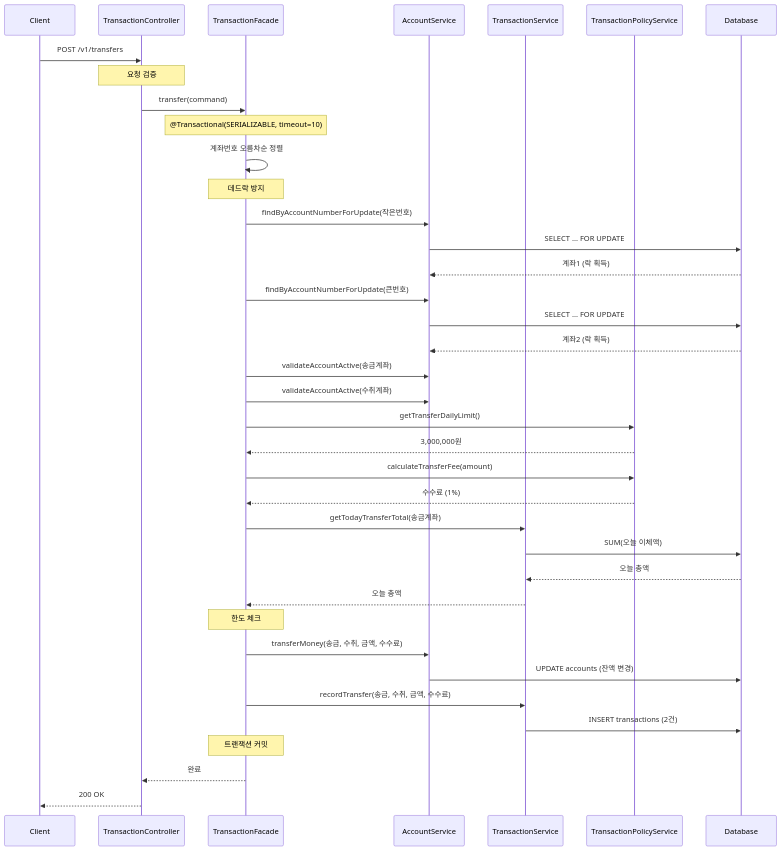
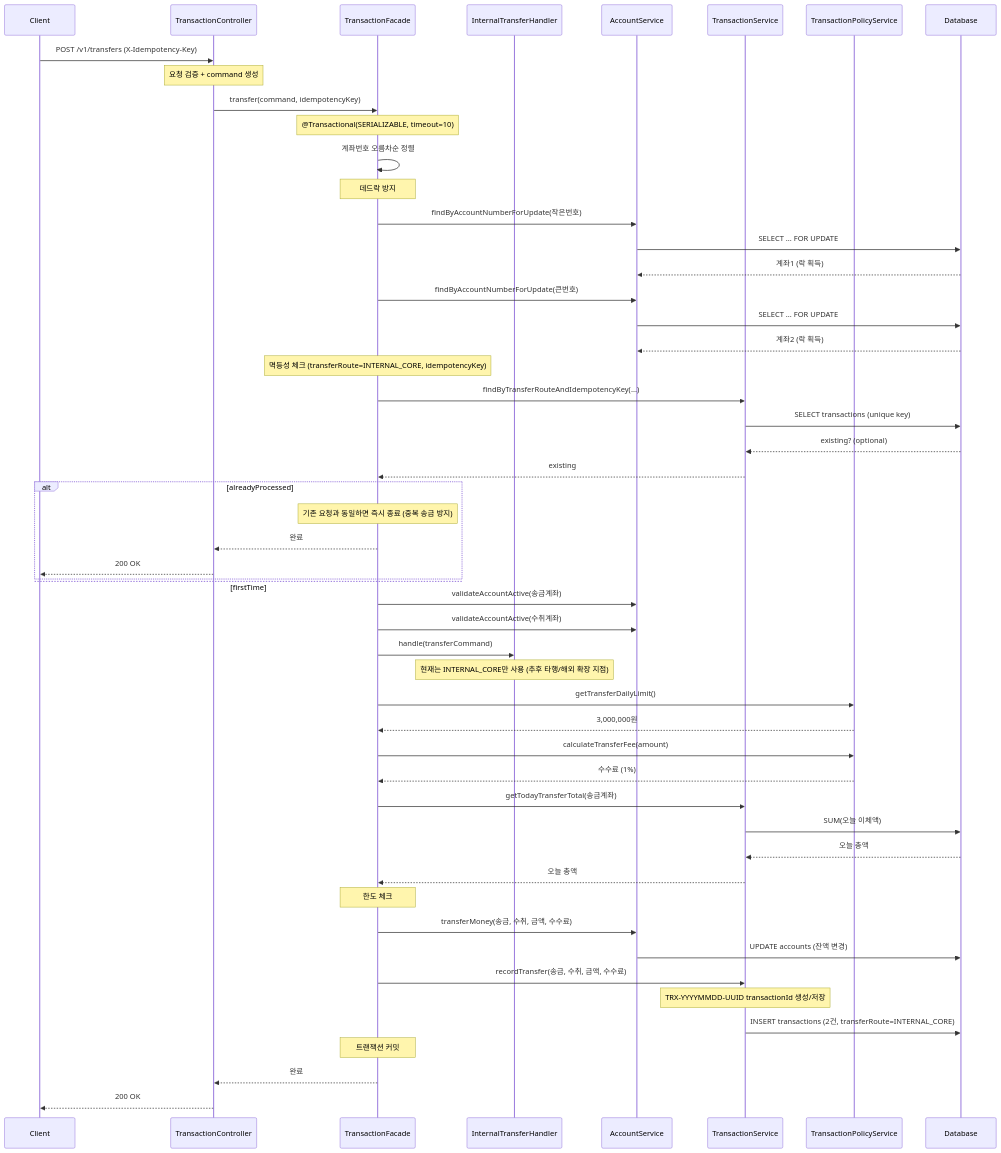
The second of 3 diagrams in docs/flow.md (HuijinKang/kanghuijin_backend), drawn with Mermaid before and after one commit. The commit also changed other lines of this file and 3 other files, not shown here.

````diff
--- a/docs/flow.md
+++ b/docs/flow.md
@@ -67,54 +77,71 @@
 ```mermaid
 sequenceDiagram
     participant Client
     participant Controller as TransactionController
     participant Facade as TransactionFacade
+    participant Handler as InternalTransferHandler
     participant AccService as AccountService
     participant TxService as TransactionService
     participant PolicyService as TransactionPolicyService
     participant DB as Database
     
-    Client->>Controller: POST /v1/transfers
-    Note over Controller: 요청 검증
-    Controller->>Facade: transfer(command)
+    Client->>Controller: POST /v1/transfers (X-Idempotency-Key)
+    Note over Controller: 요청 검증 + command 생성
+    Controller->>Facade: transfer(command, idempotencyKey)
     
     Note over Facade: @Transactional(SERIALIZABLE, timeout=10)
     
     Facade->>Facade: 계좌번호 오름차순 정렬
     Note over Facade: 데드락 방지
     
     Facade->>AccService: findByAccountNumberForUpdate(작은번호)
     AccService->>DB: SELECT ... FOR UPDATE
     DB-->>AccService: 계좌1 (락 획득)
     
     Facade->>AccService: findByAccountNumberForUpdate(큰번호)
     AccService->>DB: SELECT ... FOR UPDATE
     DB-->>AccService: 계좌2 (락 획득)
     
+    Note over Facade: 멱등성 체크 (transferRoute=INTERNAL_CORE, idempotencyKey)
+    Facade->>TxService: findByTransferRouteAndIdempotencyKey(...)
+    TxService->>DB: SELECT transactions (unique key)
+    DB-->>TxService: existing? (optional)
+    TxService-->>Facade: existing
+    alt alreadyProcessed
+        Note over Facade: 기존 요청과 동일하면 즉시 종료 (중복 송금 방지)
+        Facade-->>Controller: 완료
+        Controller-->>Client: 200 OK
+    else firstTime
+    end
+
     Facade->>AccService: validateAccountActive(송금계좌)
     Facade->>AccService: validateAccountActive(수취계좌)
-    
+
+    Facade->>Handler: handle(transferCommand)
+    Note over Handler: 현재는 INTERNAL_CORE만 사용 (추후 타행/해외 확장 지점)
+
     Facade->>PolicyService: getTransferDailyLimit()
     PolicyService-->>Facade: 3,000,000원
     
     Facade->>PolicyService: calculateTransferFee(amount)
     PolicyService-->>Facade: 수수료 (1%)
     
     Facade->>TxService: getTodayTransferTotal(송금계좌)
     TxService->>DB: SUM(오늘 이체액)
     DB-->>TxService: 오늘 총액
     TxService-->>Facade: 오늘 총액
     
     Note over Facade: 한도 체크
     
     Facade->>AccService: transferMoney(송금, 수취, 금액, 수수료)
     AccService->>DB: UPDATE accounts (잔액 변경)
     
     Facade->>TxService: recordTransfer(송금, 수취, 금액, 수수료)
-    TxService->>DB: INSERT transactions (2건)
+    Note over TxService: TRX-YYYYMMDD-UUID transactionId 생성/저장
+    TxService->>DB: INSERT transactions (2건, transferRoute=INTERNAL_CORE)
     
     Note over Facade: 트랜잭션 커밋
     
     Facade-->>Controller: 완료
     Controller-->>Client: 200 OK
 ```
````
